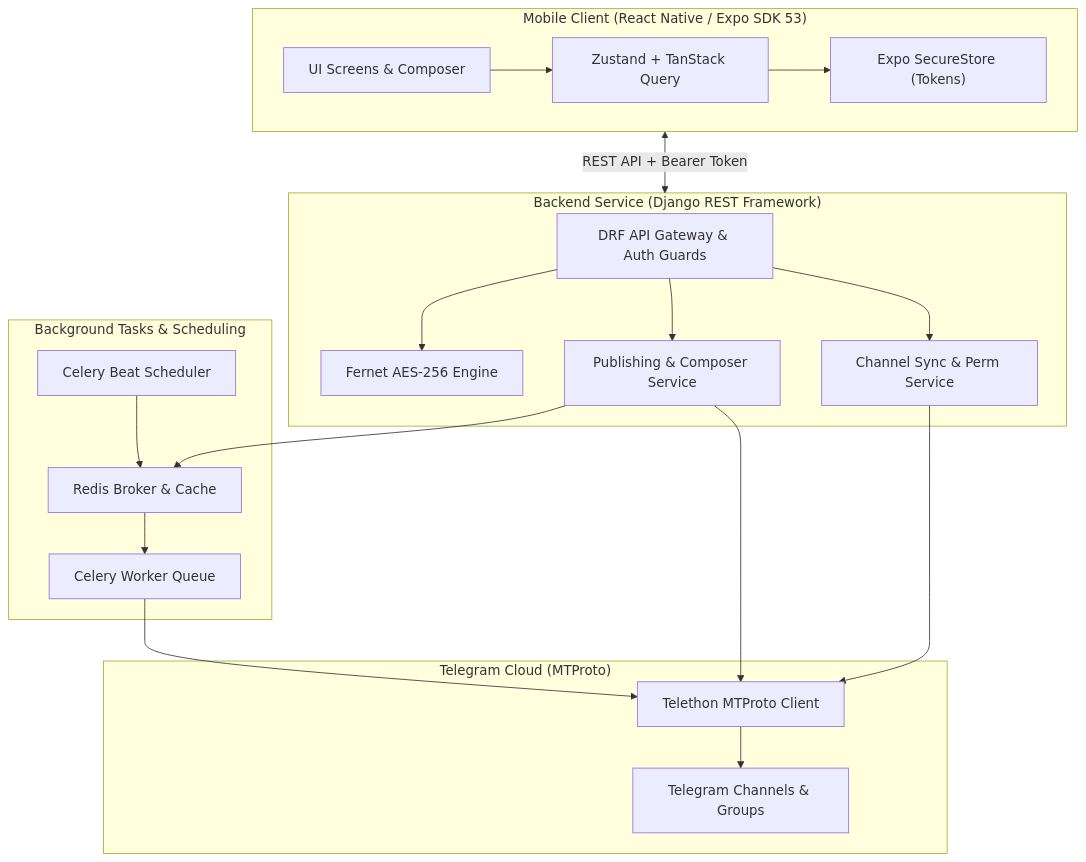
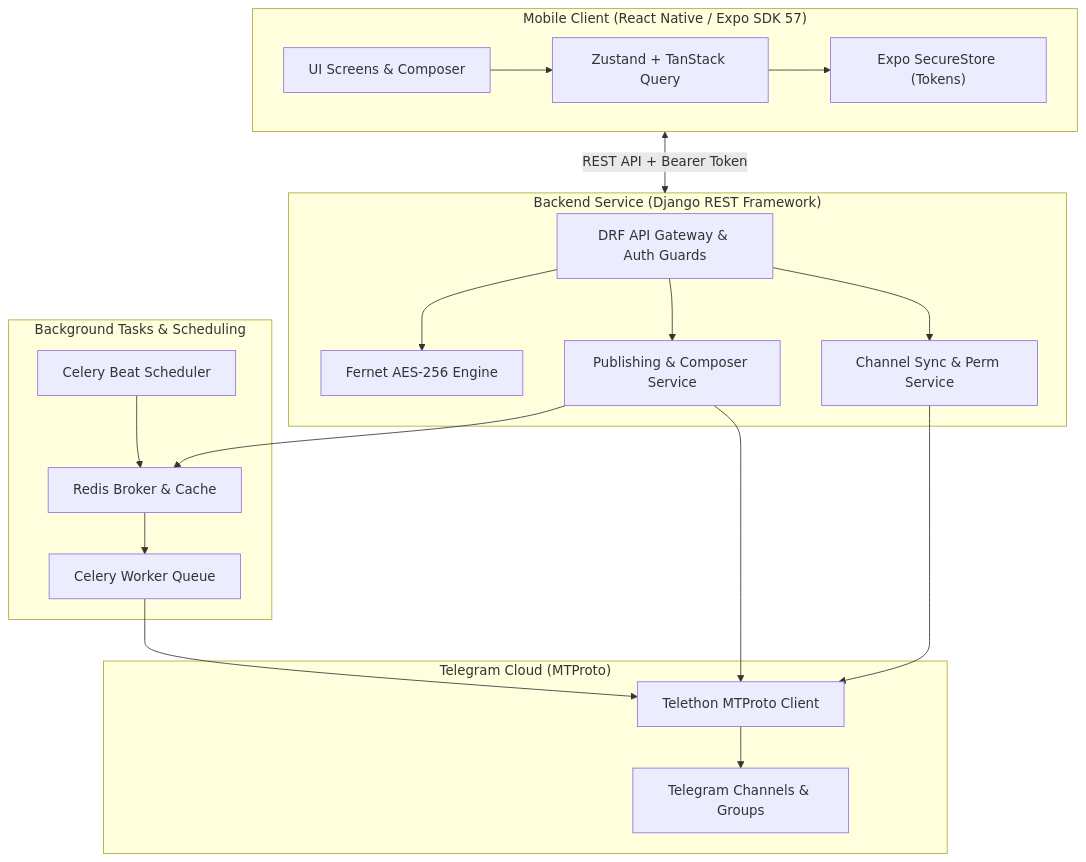
Before and after one commit to mubarek-hassen-buli/Postly: the diagram in README.md, drawn with Mermaid. The commit also changed 12 other files, not shown here.

Commit message:
feat: align multi-platform positioning (Telegram, LinkedIn, Instagram), update Privacy Policy & Terms, fix Expo SDK 57, and remove placeholder metrics

````diff
--- a/README.md
+++ b/README.md
@@ -62,40 +62,40 @@
 ```mermaid
 flowchart TD
-    subgraph MobileApp ["Mobile Client (React Native / Expo SDK 53)"]
+    subgraph MobileApp ["Mobile Client (React Native / Expo SDK 57)"]
         UI["UI Screens & Composer"]
         State["Zustand + TanStack Query"]
         Secure["Expo SecureStore (Tokens)"]
         UI --> State
         State --> Secure
     end
 
     subgraph BackendAPI ["Backend Service (Django REST Framework)"]
         Gateway["DRF API Gateway & Auth Guards"]
         Crypto["Fernet AES-256 Engine"]
         ChannelSvc["Channel Sync & Perm Service"]
         PostSvc["Publishing & Composer Service"]
         Gateway --> Crypto
         Gateway --> ChannelSvc
         Gateway --> PostSvc
     end
 
     subgraph AsyncWorker ["Background Tasks & Scheduling"]
         CeleryWorker["Celery Worker Queue"]
         CeleryBeat["Celery Beat Scheduler"]
         RedisBroker["Redis Broker & Cache"]
         CeleryBeat --> RedisBroker
         RedisBroker --> CeleryWorker
     end
 
     subgraph TelegramCore ["Telegram Cloud (MTProto)"]
         MTProto["Telethon MTProto Client"]
         TGChannels["Telegram Channels & Groups"]
         MTProto --> TGChannels
     end
 
     MobileApp <-->|REST API + Bearer Token| BackendAPI
     PostSvc --> RedisBroker
     CeleryWorker --> MTProto
     PostSvc --> MTProto
     ChannelSvc --> MTProto
 ```
````
